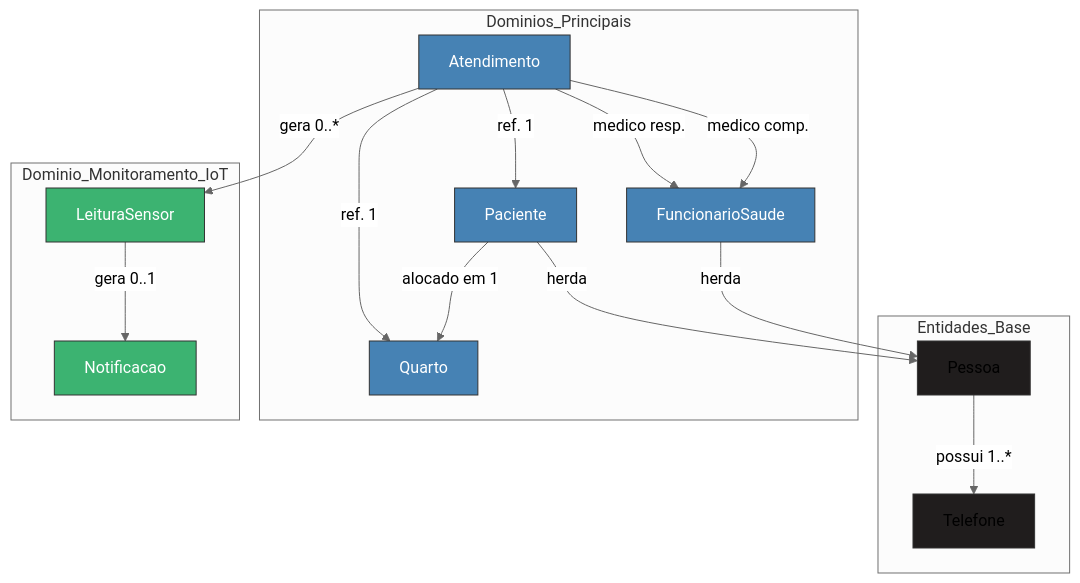
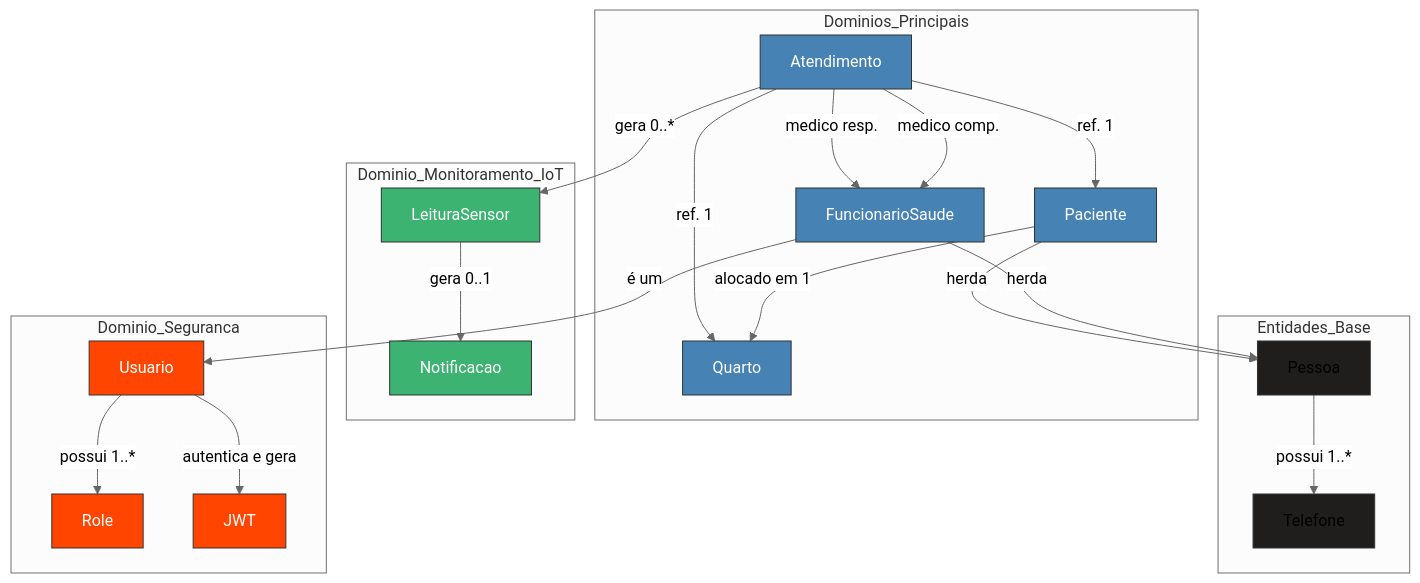
The diagram in README.md (matheus05dev/BackendMonitoramentoPacientes), drawn with Mermaid (neutral theme) before and after one commit. The commit also changed other lines of this file and 2 other files, not shown here.

````diff
--- a/README.md
+++ b/README.md
@@ -68,42 +72,54 @@
 ```mermaid
 graph TD
     subgraph Entidades_Base
         Pessoa
         Telefone
     end
 
     subgraph Dominios_Principais
         Paciente
         FuncionarioSaude
         Quarto
         Atendimento
     end
 
     subgraph Dominio_Monitoramento_IoT
         LeituraSensor
         Notificacao
     end
 
+    subgraph Dominio_Seguranca
+        Usuario
+        Role
+        JWT
+    end
+
     %% Relacionamentos
     Paciente -->|herda| Pessoa
     FuncionarioSaude -->|herda| Pessoa
     Pessoa -->|possui 1..*| Telefone
 
     Atendimento -->|ref. 1| Paciente
     Atendimento -->|medico resp.| FuncionarioSaude
     Atendimento -->|medico comp.| FuncionarioSaude
     Atendimento -->|ref. 1| Quarto
     Paciente -->|alocado em 1| Quarto
 
     Atendimento -->|gera 0..*| LeituraSensor
     LeituraSensor -->|gera 0..1| Notificacao
 
+    Usuario -->|possui 1..*| Role
+    FuncionarioSaude -->|é um| Usuario
+    Usuario -->|autentica e gera| JWT
+
     %% Estilização
     classDef base fill:#201d1d,stroke:#333;
     classDef domain fill:#4682B4,stroke:#333,color:white;
     classDef iot fill:#3CB371,stroke:#333,color:white;
+    classDef security fill:#FF4500,stroke:#333,color:white;
 
     class Pessoa,Telefone base;
     class Paciente,FuncionarioSaude,Quarto,Atendimento domain;
     class LeituraSensor,Notificacao iot;
+    class Usuario,Role,JWT security;
 ```
````
